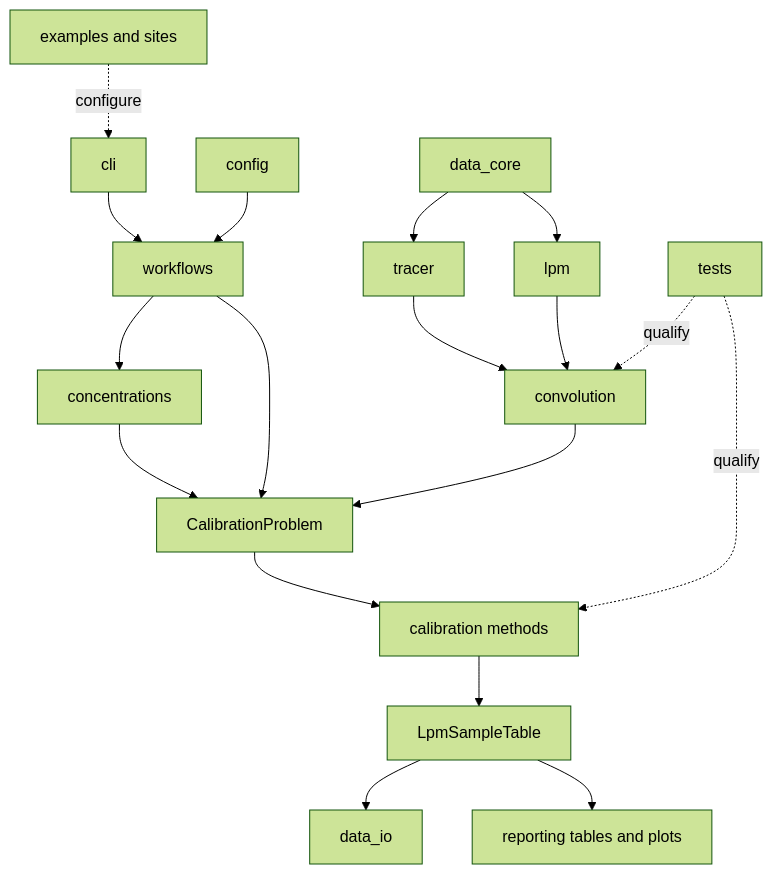
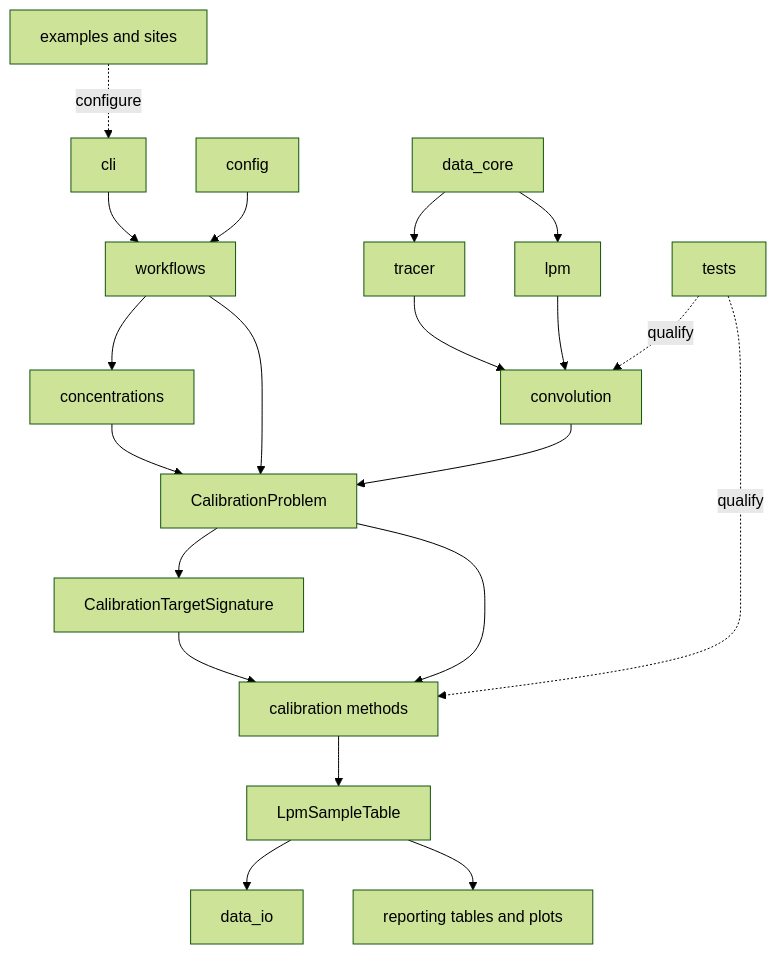
Before and after one commit to dreuzy/PyAges: the first of 2 diagrams in docs/architecture.md, drawn with Mermaid (forest theme). The commit also changed other lines of this file and 50 other files, not shown here.

````diff
--- a/docs/architecture.md
+++ b/docs/architecture.md
@@ -111,23 +115,25 @@
 ```{mermaid}
 flowchart TB
   DATA[data_core] --> TRACER[tracer]
   DATA --> LPM[lpm]
 
   CLI[cli] --> WF[workflows]
   CONFIG[config] --> WF
   CONC[concentrations] --> PROBLEM[CalibrationProblem]
   WF --> CONC
   WF --> PROBLEM
 
   TRACER --> CONV[convolution]
   LPM --> CONV
   CONV --> PROBLEM
+  PROBLEM --> SIGNATURE[CalibrationTargetSignature]
+  SIGNATURE --> METHODS
   PROBLEM --> METHODS[calibration methods]
   METHODS --> RESULT[LpmSampleTable]
   RESULT --> IO[data_io]
   RESULT --> REPORTING[reporting tables and plots]
 
   EXAMPLES[examples and sites] -. configure .-> CLI
   TESTS[tests] -. qualify .-> CONV
   TESTS -. qualify .-> METHODS
 ```
````
